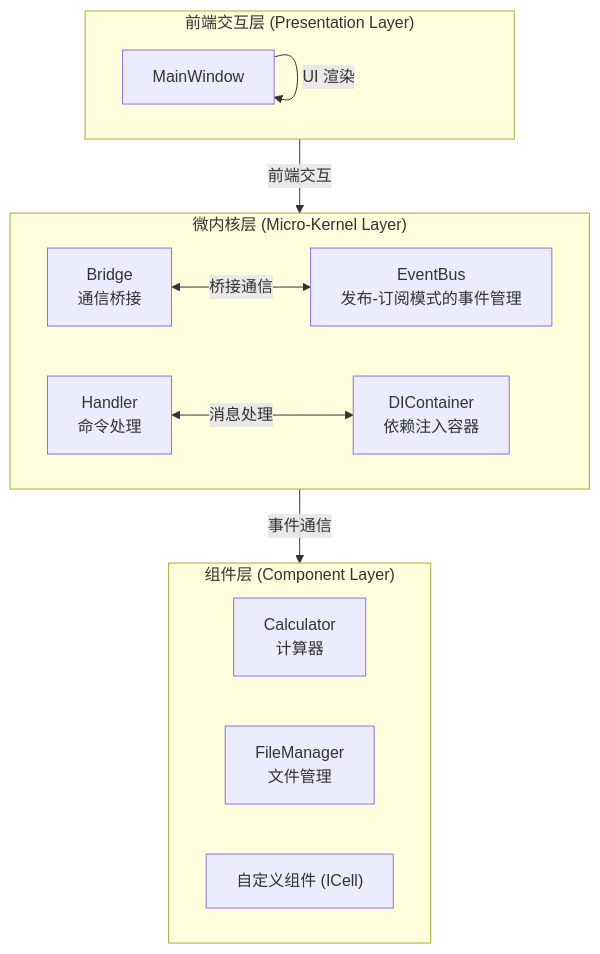
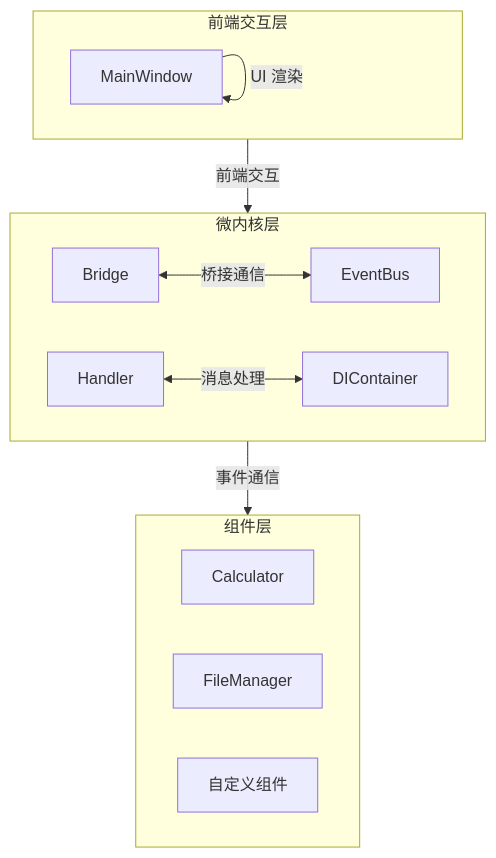
The second of 4 diagrams in README.md (xiaojinao/Cellium), drawn with Mermaid before and after one commit. The commit also changed other lines of this file and 1 other file, not shown here.

First line of the commit message:
docs: 更新README中的流程图样式和描述

````diff
--- a/README.md
+++ b/README.md
@@ -137,27 +137,27 @@
 ```mermaid
 flowchart TB
-    subgraph Presentation["前端交互层 (Presentation Layer)"]
+    subgraph Presentation["前端交互层"]
         MW["MainWindow"]
         MW -->|"窗口管理"| MW
         MW -->|"事件订阅"| MW
         MW -->|"UI 渲染"| MW
     end
 
-    subgraph Kernel["微内核层 (Micro-Kernel Layer)"]
-        EB["EventBus<br/>发布-订阅模式的事件管理"]
-        BR["Bridge<br/>通信桥接"]
-        HD["Handler<br/>命令处理"]
-        DI["DIContainer<br/>依赖注入容器"]
+    subgraph Kernel["微内核层"]
+        EB["EventBus"]
+        BR["Bridge"]
+        HD["Handler"]
+        DI["DIContainer"]
     end
 
-    subgraph Component["组件层 (Component Layer)"]
-        Calc["Calculator<br/>计算器"]
-        FM["FileManager<br/>文件管理"]
-        Custom["自定义组件 (ICell)"]
+    subgraph Component["组件层"]
+        Calc["Calculator"]
+        FM["FileManager"]
+        Custom["自定义组件"]
     end
 
     Presentation -->|"前端交互"| Kernel
     Kernel -->|"事件通信"| Component
     HD <-->|"消息处理"| DI
     BR <-->|"桥接通信"| EB
 ```
````
